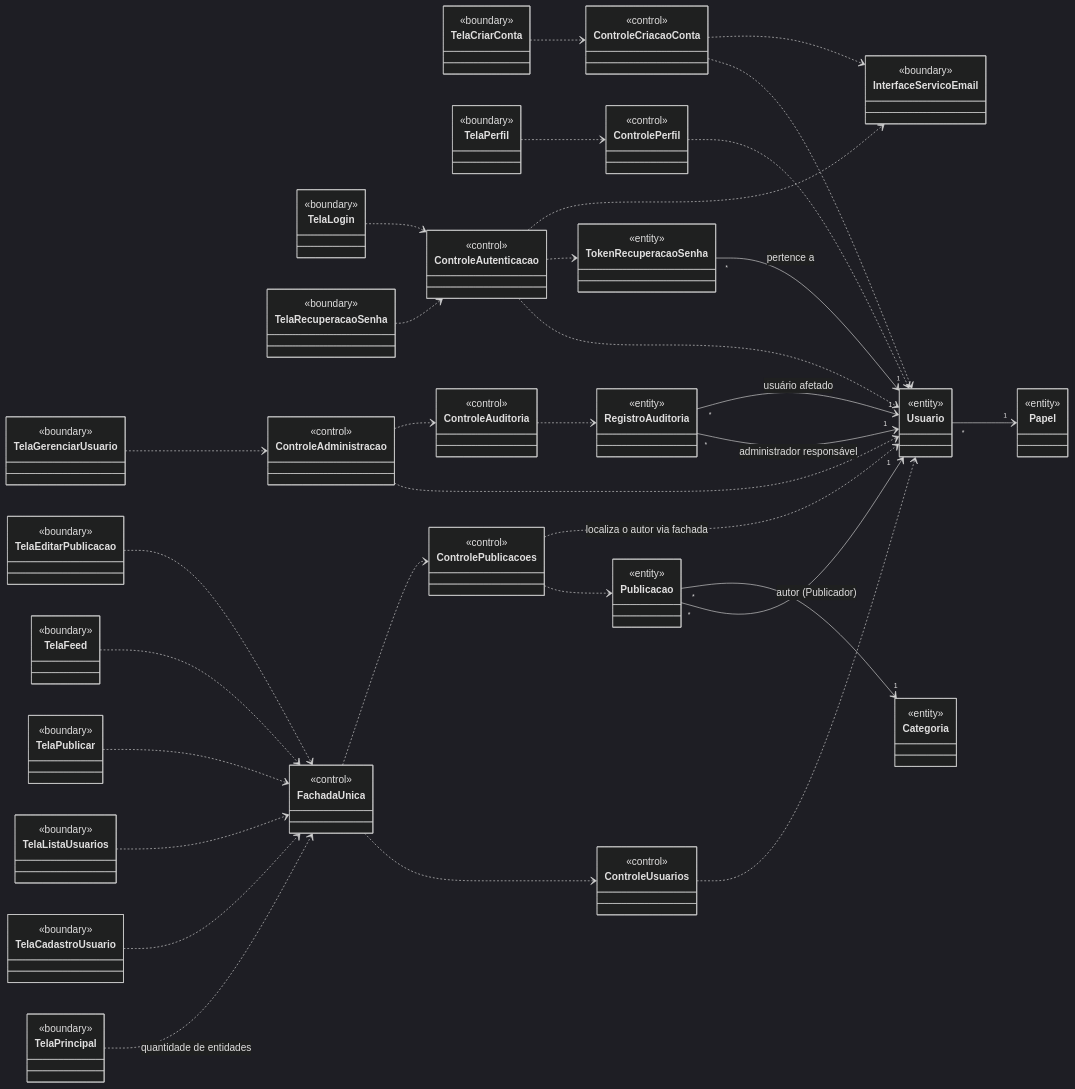
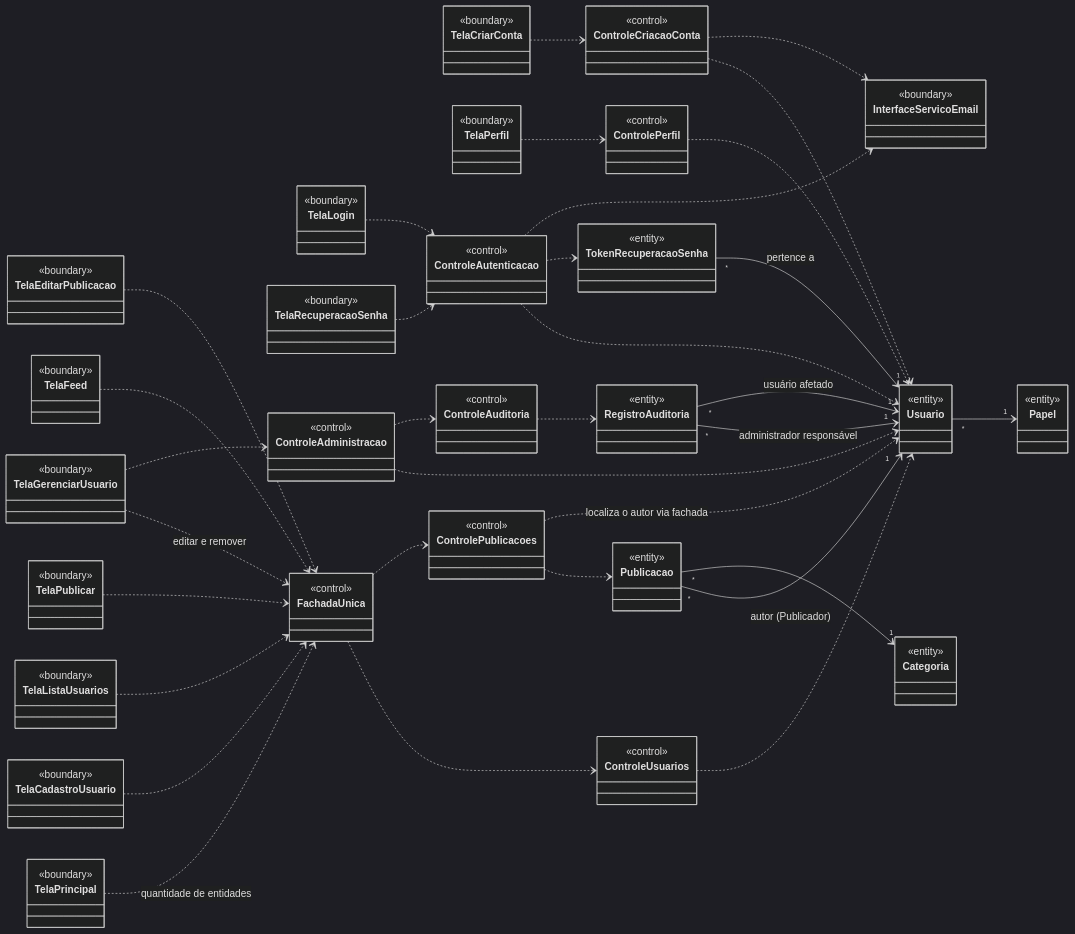
Before and after one commit to rodrigomfortes/informa-ci-mps: the diagram in docs/05-analise.md, drawn with Mermaid (dark theme). The commit also changed other lines of this file and 9 other files, not shown here.

````diff
--- a/docs/05-analise.md
+++ b/docs/05-analise.md
@@ -11,69 +11,70 @@
 ```mermaid
 classDiagram
     direction LR
 
     class TelaPrincipal { <<boundary>> }
     class TelaCadastroUsuario { <<boundary>> }
     class TelaListaUsuarios { <<boundary>> }
     class TelaLogin { <<boundary>> }
     class TelaCriarConta { <<boundary>> }
     class TelaRecuperacaoSenha { <<boundary>> }
     class TelaPerfil { <<boundary>> }
     class TelaGerenciarUsuario { <<boundary>> }
     class TelaPublicar { <<boundary>> }
     class TelaFeed { <<boundary>> }
     class TelaEditarPublicacao { <<boundary>> }
     class InterfaceServicoEmail { <<boundary>> }
 
     class FachadaUnica { <<control>> }
     class ControleUsuarios { <<control>> }
     class ControlePublicacoes { <<control>> }
     class ControleAutenticacao { <<control>> }
     class ControleCriacaoConta { <<control>> }
     class ControlePerfil { <<control>> }
     class ControleAdministracao { <<control>> }
     class ControleAuditoria { <<control>> }
 
     class Usuario { <<entity>> }
     class Papel { <<entity>> }
     class Publicacao { <<entity>> }
     class Categoria { <<entity>> }
     class TokenRecuperacaoSenha { <<entity>> }
     class RegistroAuditoria { <<entity>> }
 
     Usuario "*" --> "1" Papel
     Publicacao "*" --> "1" Usuario : autor (Publicador)
     Publicacao "*" --> "1" Categoria
     TokenRecuperacaoSenha "*" --> "1" Usuario : pertence a
     RegistroAuditoria "*" --> "1" Usuario : administrador responsável
     RegistroAuditoria "*" --> "1" Usuario : usuário afetado
 
     TelaPrincipal ..> FachadaUnica : quantidade de entidades
     TelaCadastroUsuario ..> FachadaUnica
     TelaListaUsuarios ..> FachadaUnica
+    TelaGerenciarUsuario ..> FachadaUnica : editar e remover
     TelaPublicar ..> FachadaUnica
     TelaFeed ..> FachadaUnica
     TelaEditarPublicacao ..> FachadaUnica
 
     FachadaUnica ..> ControleUsuarios
     FachadaUnica ..> ControlePublicacoes
 
     TelaLogin ..> ControleAutenticacao
     TelaRecuperacaoSenha ..> ControleAutenticacao
     TelaCriarConta ..> ControleCriacaoConta
     TelaPerfil ..> ControlePerfil
     TelaGerenciarUsuario ..> ControleAdministracao
 
     ControleUsuarios ..> Usuario
     ControlePublicacoes ..> Publicacao
     ControlePublicacoes ..> Usuario : localiza o autor via fachada
     ControleAutenticacao ..> Usuario
     ControleAutenticacao ..> TokenRecuperacaoSenha
     ControleAutenticacao ..> InterfaceServicoEmail
     ControleCriacaoConta ..> Usuario
     ControleCriacaoConta ..> InterfaceServicoEmail
     ControlePerfil ..> Usuario
     ControleAdministracao ..> Usuario
     ControleAdministracao ..> ControleAuditoria
     ControleAuditoria ..> RegistroAuditoria
 ```
````
